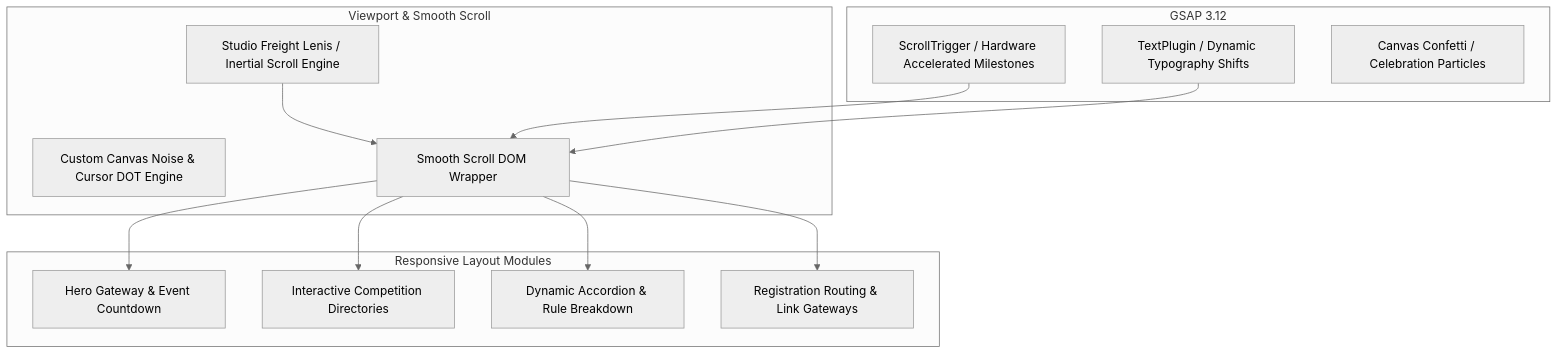
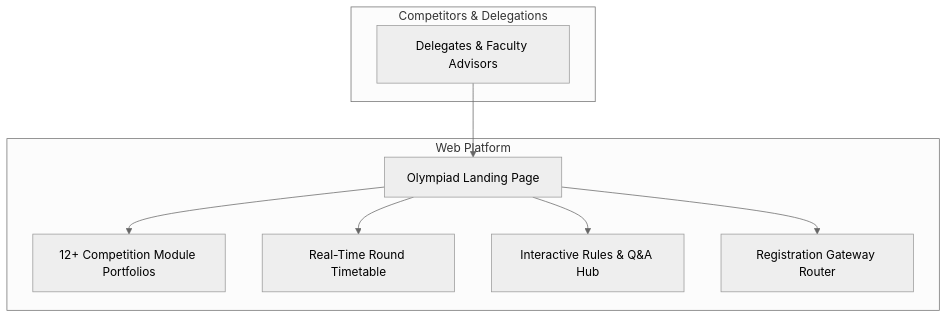
The diagram in README.md (MuhammadRayyan08/scinnova-ix-platform), drawn with Mermaid (neutral theme) before and after one commit. The commit also changed other lines of this file, not shown here.

Commit message:
Streamline README: remove icons and condense architecture overview

````diff
--- a/README.md
+++ b/README.md
@@ -40,29 +33,20 @@
 ```mermaid
 flowchart TD
-    subgraph Viewport & Smooth Scroll
-        LENIS[Studio Freight Lenis / Inertial Scroll Engine]
-        NOISE[Custom Canvas Noise & Cursor DOT Engine]
-        WRAP[Smooth Scroll DOM Wrapper]
-        LENIS --> WRAP
+    subgraph Visitors [Competitors & Delegations]
+        USER[Delegates & Faculty Advisors]
     end
 
-    subgraph Motion Graphics Pipeline [GSAP 3.12]
-        ST[ScrollTrigger / Hardware Accelerated Milestones]
-        TP[TextPlugin / Dynamic Typography Shifts]
-        PARTICLES[Canvas Confetti / Celebration Particles]
-        ST --> WRAP
-        TP --> WRAP
+    subgraph Presentation Tier [Web Platform]
+        HOME[Olympiad Landing Page]
+        MODS[12+ Competition Module Portfolios]
+        SCHED[Real-Time Round Timetable]
+        FAQ[Interactive Rules & Q&A Hub]
+        REG[Registration Gateway Router]
     end
 
-    subgraph Responsive Layout Modules
-        HERO[Hero Gateway & Event Countdown]
-        MODULES[Interactive Competition Directories]
-        FAQS[Dynamic Accordion & Rule Breakdown]
-        REG[Registration Routing & Link Gateways]
-    end
-
-    WRAP --> HERO
-    WRAP --> MODULES
-    WRAP --> FAQS
-    WRAP --> REG
+    USER --> HOME
+    HOME --> MODS
+    HOME --> SCHED
+    HOME --> FAQ
+    HOME --> REG
 ```
````
